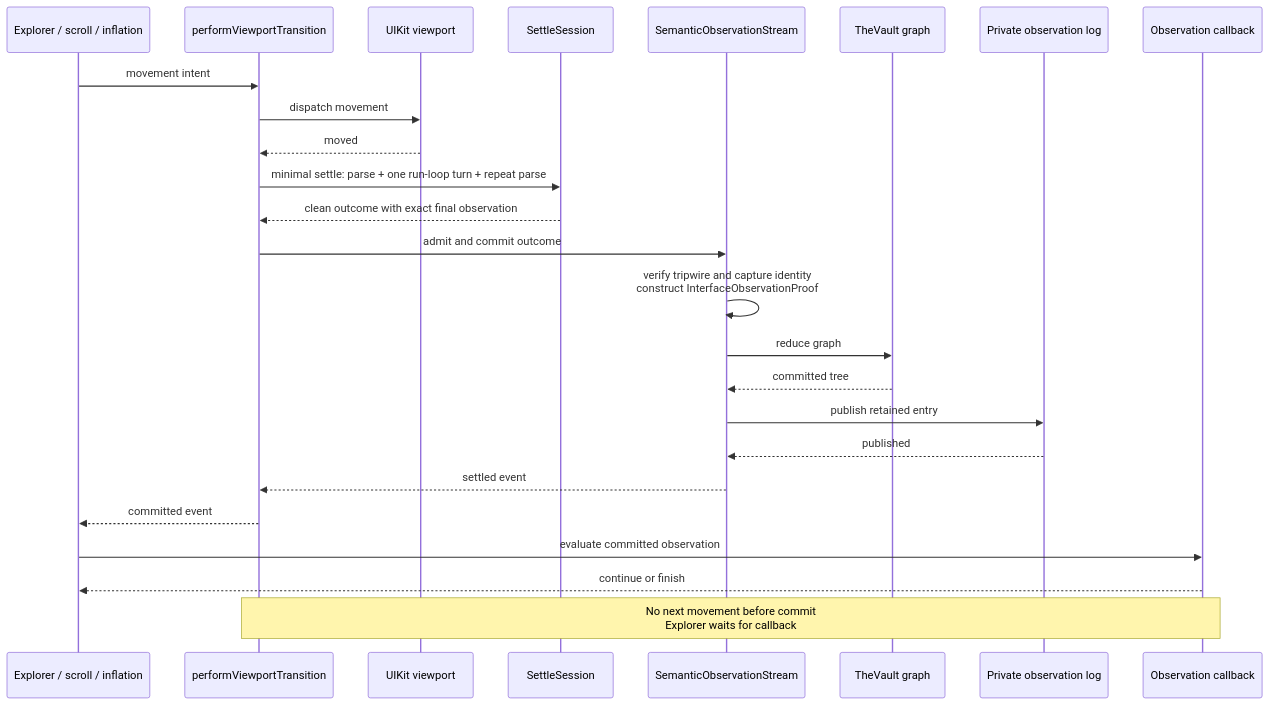
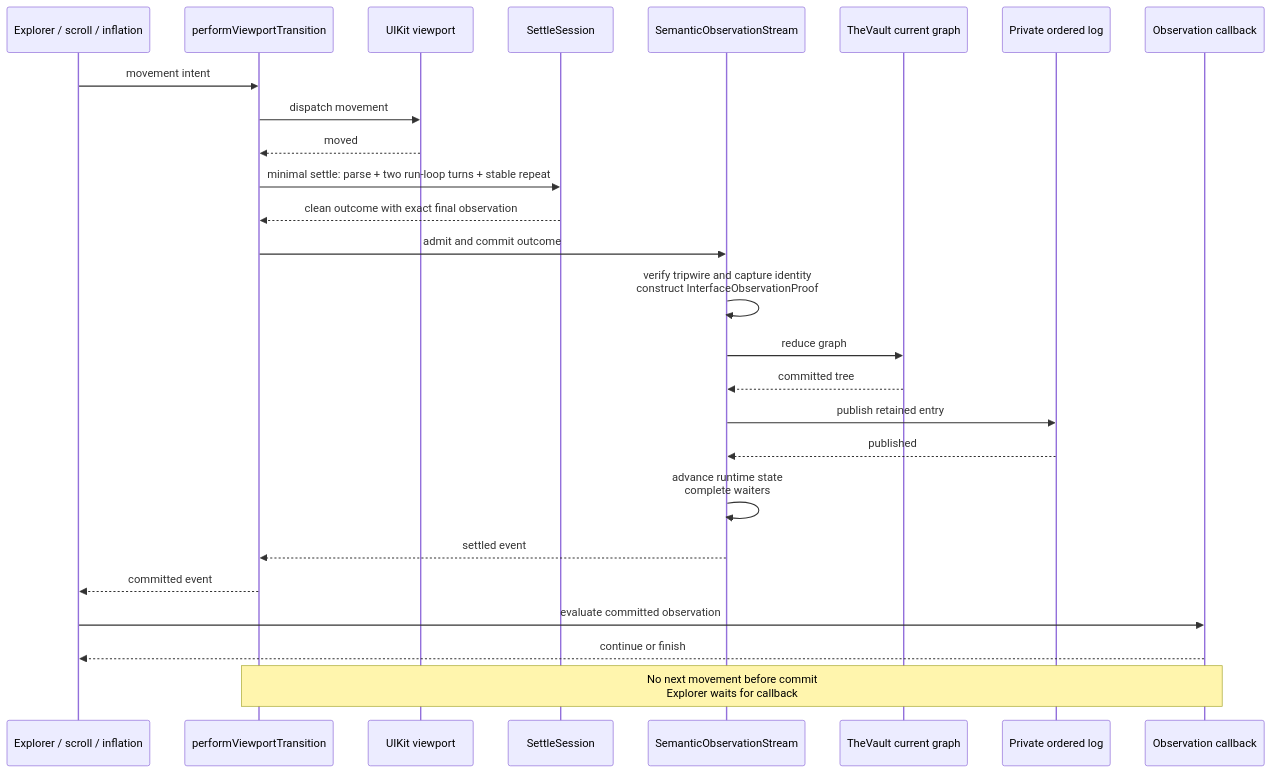
Before and after one commit to RoyalPineapple/TheButtonHeist: the second of 5 diagrams in docs/diagrams/observation-pipeline.md, drawn with Mermaid. The commit also changed other lines of this file and 65 other files, not shown here.

````diff
--- a/docs/diagrams/observation-pipeline.md
+++ b/docs/diagrams/observation-pipeline.md
@@ -106,28 +119,29 @@
 ```mermaid
 sequenceDiagram
     participant Caller as Explorer / scroll / inflation
     participant Transition as performViewportTransition
     participant UIKit as UIKit viewport
     participant Settle as SettleSession
     participant Stream as SemanticObservationStream
-    participant Graph as TheVault graph
-    participant Log as Private observation log
+    participant Graph as TheVault current graph
+    participant Log as Private ordered log
     participant Callback as Observation callback
 
     Caller->>Transition: movement intent
     Transition->>UIKit: dispatch movement
     UIKit-->>Transition: moved
-    Transition->>Settle: minimal settle: parse + one run-loop turn + repeat parse
+    Transition->>Settle: minimal settle: parse + two run-loop turns + stable repeat
     Settle-->>Transition: clean outcome with exact final observation
     Transition->>Stream: admit and commit outcome
     Stream->>Stream: verify tripwire and capture identity<br/>construct InterfaceObservationProof
     Stream->>Graph: reduce graph
     Graph-->>Stream: committed tree
     Stream->>Log: publish retained entry
     Log-->>Stream: published
+    Stream->>Stream: advance runtime state<br/>complete waiters
     Stream-->>Transition: settled event
     Transition-->>Caller: committed event
     Caller->>Callback: evaluate committed observation
     Callback-->>Caller: continue or finish
     Note over Transition,Callback: No next movement before commit<br/>Explorer waits for callback
 ```
````
